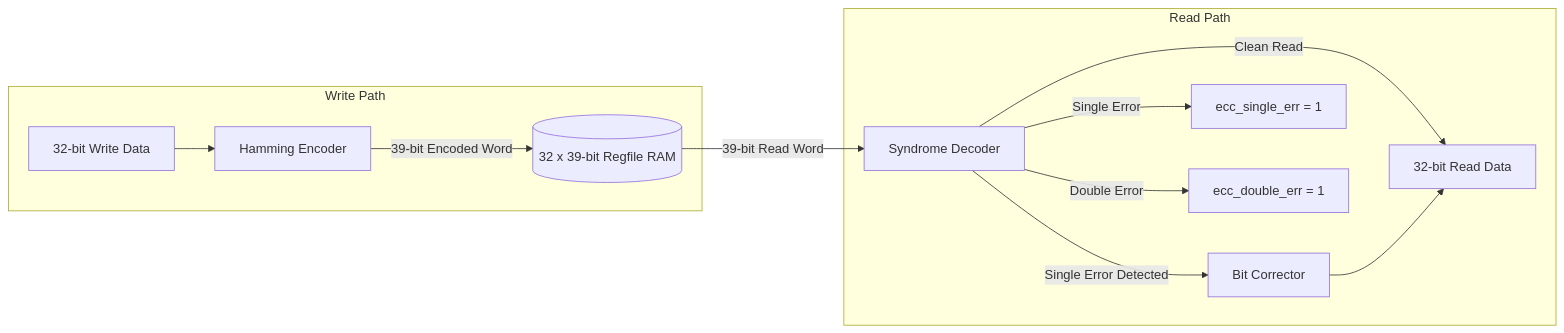
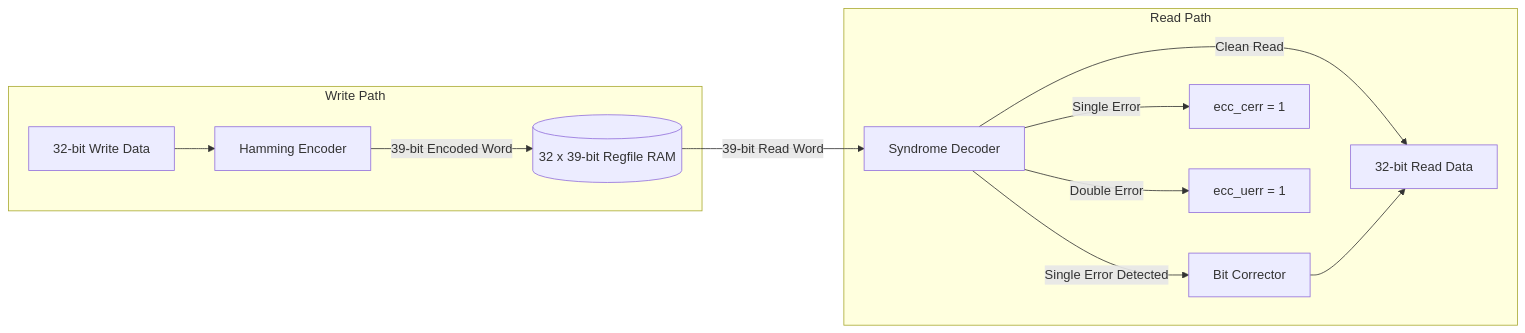
The diagram in docs/security/ecc.md (hex-7546/kavacha), drawn with Mermaid before and after one commit. The commit also changed other lines of this file and 8 other files, not shown here.

````diff
--- a/docs/security/ecc.md
+++ b/docs/security/ecc.md
@@ -30,16 +30,16 @@
 ```mermaid
 flowchart LR
     subgraph Write_Path [Write Path]
         WD[32-bit Write Data] --> ENC[Hamming Encoder]
         ENC -->|39-bit Encoded Word| RAM39[(32 x 39-bit Regfile RAM)]
     end
     
     subgraph Read_Path [Read Path]
         RAM39 -->|39-bit Read Word| DEC[Syndrome Decoder]
         DEC -->|Single Error Detected| CORR[Bit Corrector]
         DEC -->|Clean Read| RD[32-bit Read Data]
         CORR --> RD
-        DEC -->|Single Error| SE[ecc_single_err = 1]
-        DEC -->|Double Error| DE[ecc_double_err = 1]
+        DEC -->|Single Error| SE[ecc_cerr = 1]
+        DEC -->|Double Error| DE[ecc_uerr = 1]
     end
 ```
````
